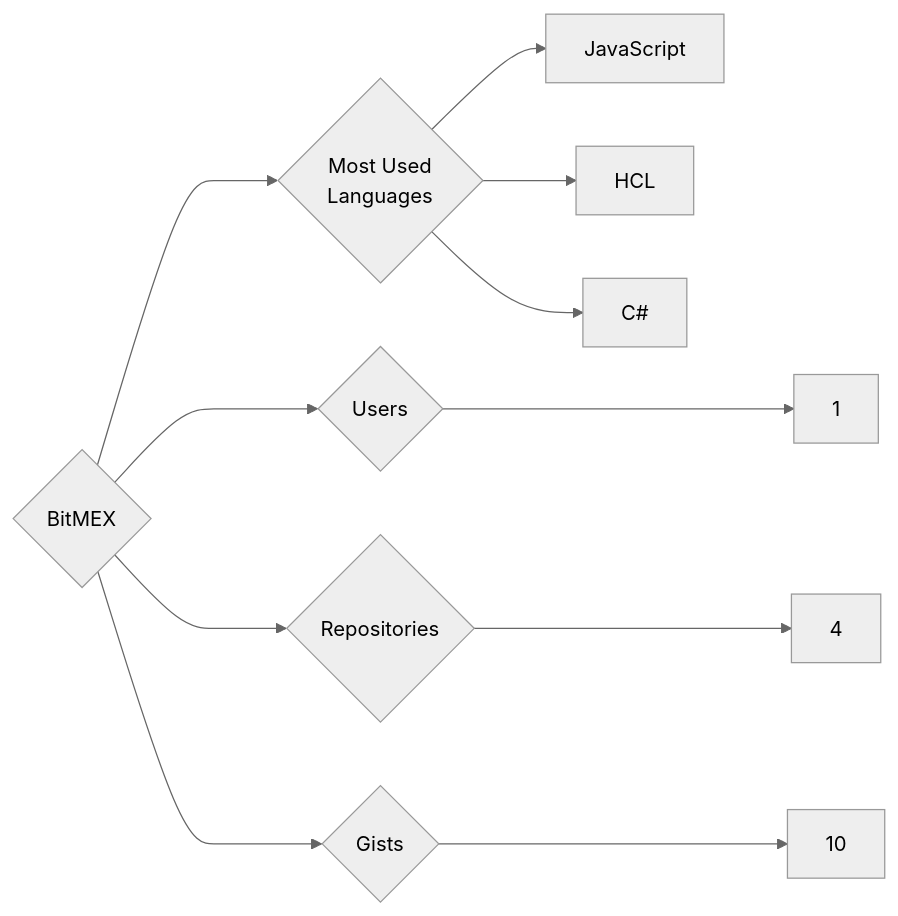
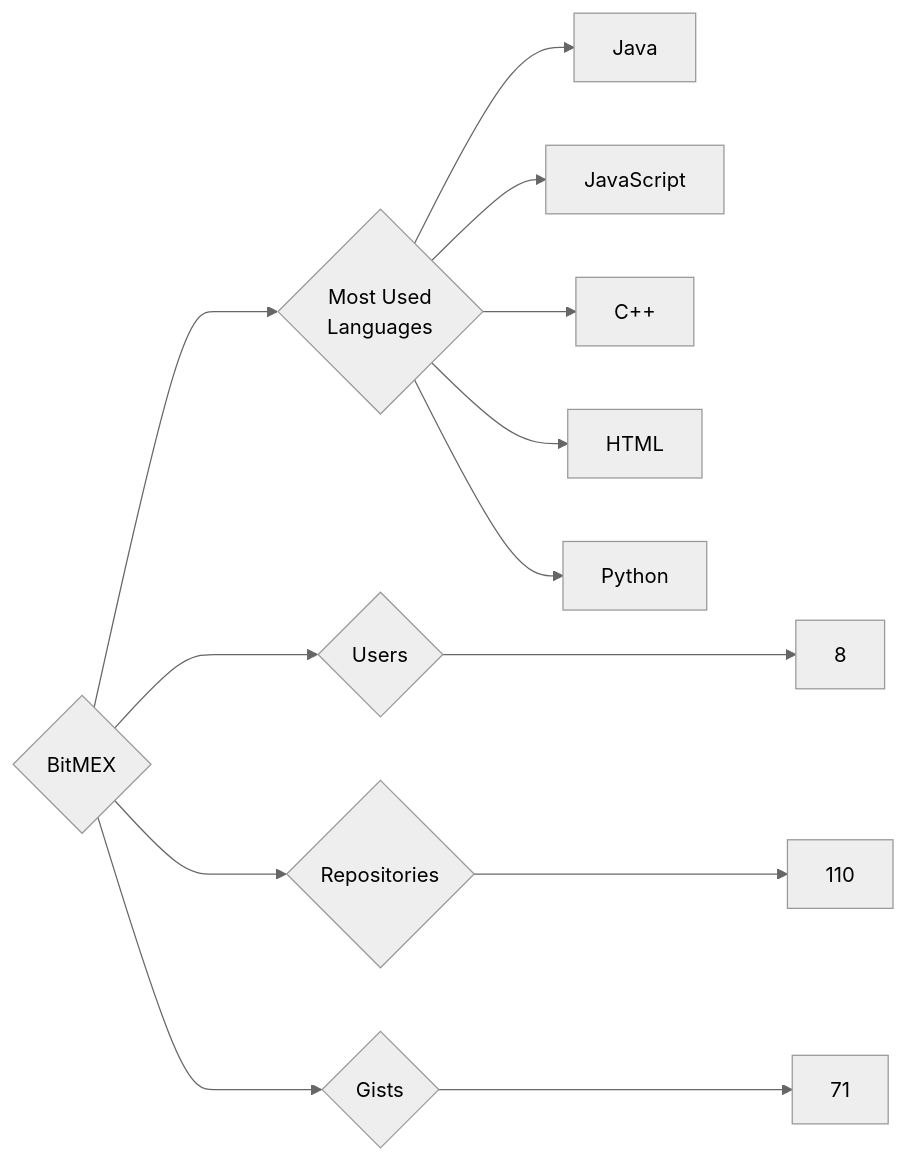
Before and after one commit to trickest/insiders: the diagram in targets/BitMEX/README.md, drawn with Mermaid (neutral theme). The commit also changed 1078 other files, not shown here.

````diff
--- a/targets/BitMEX/README.md
+++ b/targets/BitMEX/README.md
@@ -3,11 +3,13 @@
 ```mermaid
 graph LR
 COMPANY_NAME{BitMEX}
-COMPANY_NAME ---> U{Users} ---> UN[1]
-COMPANY_NAME ---> R{Repositories} ---> RN[4]
-COMPANY_NAME ---> G{Gists} ---> GN[10]
+COMPANY_NAME ---> U{Users} ---> UN[8]
+COMPANY_NAME ---> R{Repositories} ---> RN[110]
+COMPANY_NAME ---> G{Gists} ---> GN[71]
 COMPANY_NAME ---> ML{Most Used<br>Languages}
+ML --> Java[Java]
 ML --> JavaScript[JavaScript]
-ML --> HCL[HCL]
-ML --> C#[C#]
+ML --> C++[C++]
+ML --> HTML[HTML]
+ML --> Python[Python]
 ```
````
